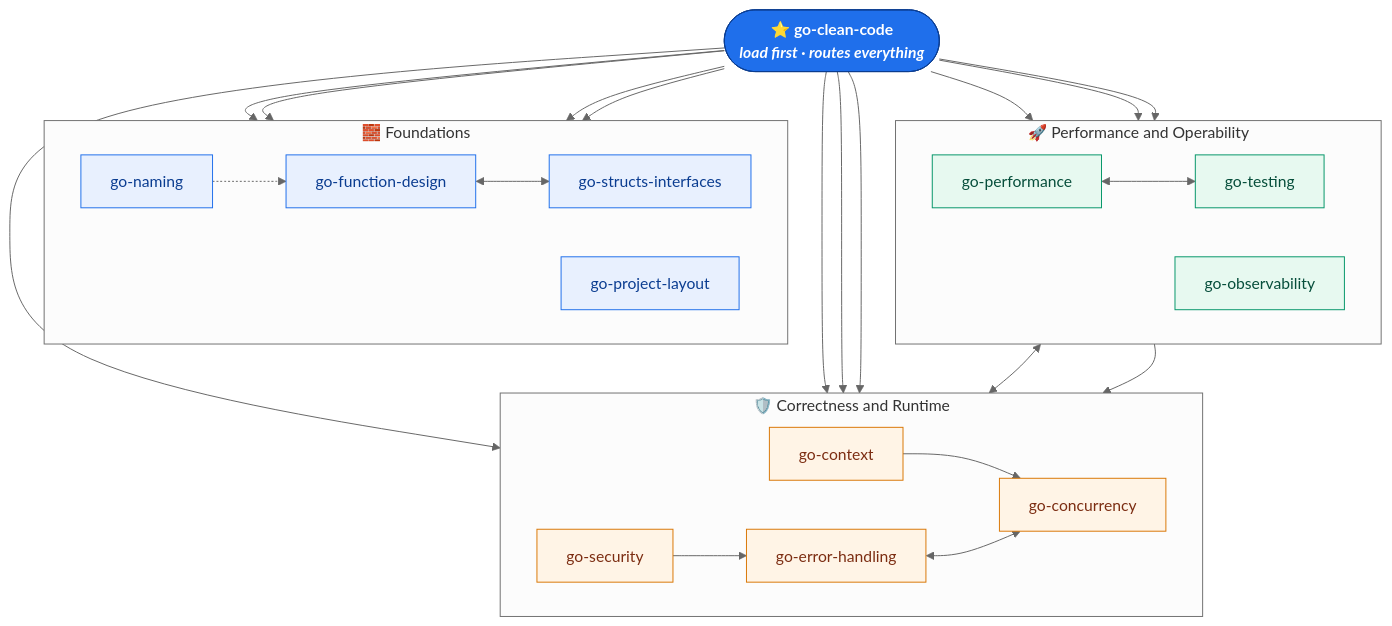
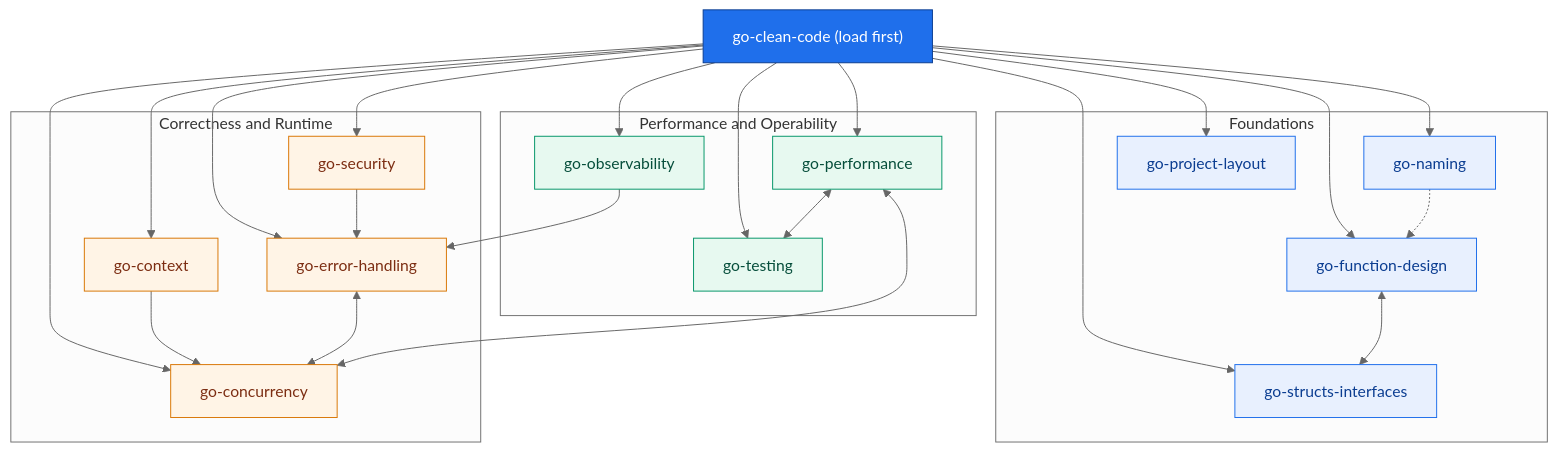
One commit to Xyloforge/god-tier-go-skills changed the diagram in README.md. Above: the diagram before and after it, drawn with Mermaid (neutral theme). The commit also changed other lines of this file, not shown here.

First line of the commit message:
fix: render-safe Mermaid skill map + set real repo URLs

````diff
--- a/README.md
+++ b/README.md
@@ -49,49 +49,46 @@
 ```mermaid
 flowchart TB
-    CC(["⭐ go-clean-code<br/><i>load first · routes everything</i>"]):::hub
+    CC["go-clean-code (load first)"]
 
-    subgraph FOUND["🧱 Foundations"]
-        direction LR
+    subgraph FOUND["Foundations"]
         NM["go-naming"]
         FD["go-function-design"]
         SI["go-structs-interfaces"]
         PL["go-project-layout"]
     end
 
-    subgraph RUN["🛡️ Correctness and Runtime"]
-        direction LR
+    subgraph RUN["Correctness and Runtime"]
         EH["go-error-handling"]
         CX["go-context"]
         CN["go-concurrency"]
         SEC["go-security"]
     end
 
-    subgraph PERF["🚀 Performance and Operability"]
-        direction LR
+    subgraph PERF["Performance and Operability"]
         PFx["go-performance"]
         OB["go-observability"]
         TS["go-testing"]
     end
 
     CC --> NM & FD & SI & PL
     CC --> EH & CX & CN & SEC
     CC --> PFx & OB & TS
 
-    %% strongest specialist cross-links (→ See)
     NM -.-> FD
     FD <--> SI
     CX --> CN
     EH <--> CN
     PFx <--> CN
     PFx <--> TS
     SEC --> EH
     OB --> EH
 
-    classDef hub fill:#1f6feb,stroke:#0b3d91,color:#ffffff,font-weight:bold;
+    classDef hub fill:#1f6feb,stroke:#0b3d91,color:#ffffff;
     classDef found fill:#e8f0fe,stroke:#1f6feb,color:#0b3d91;
     classDef run fill:#fff4e6,stroke:#d97706,color:#7c2d12;
     classDef perf fill:#e7f9f0,stroke:#059669,color:#064e3b;
+    class CC hub;
     class NM,FD,SI,PL found;
     class EH,CX,CN,SEC run;
     class PFx,OB,TS perf;
 ```
````
